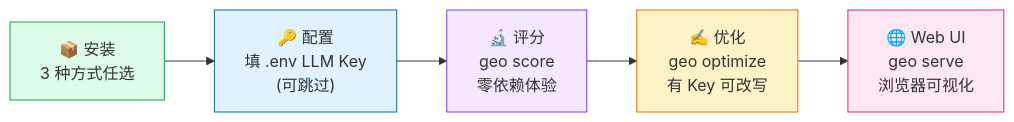
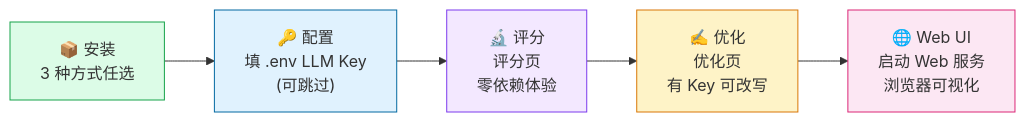
Before and after one commit to deep2code/geo: the ninth of 29 diagrams in docs/getting-started.md, drawn with Mermaid. The commit also changed other lines of this file and 48 other files, not shown here.

````diff
--- a/docs/getting-started.md
+++ b/docs/getting-started.md
@@ -265,13 +265,13 @@
 ```mermaid
 flowchart LR
     S1["📦 安装<br/>3 种方式任选"] --> S2["🔑 配置<br/>填 .env LLM Key<br/>(可跳过)"]
-    S2 --> S3["🔬 评分<br/>geo score<br/>零依赖体验"]
-    S3 --> S4["✍️ 优化<br/>geo optimize<br/>有 Key 可改写"]
-    S4 --> S5["🌐 Web UI<br/>geo serve<br/>浏览器可视化"]
+    S2 --> S3["🔬 评分<br/>评分页<br/>零依赖体验"]
+    S3 --> S4["✍️ 优化<br/>优化页<br/>有 Key 可改写"]
+    S4 --> S5["🌐 Web UI<br/>启动 Web 服务<br/>浏览器可视化"]
 
     style S1 fill:#dcfce7,stroke:#16a34a
     style S2 fill:#e0f2fe,stroke:#0369a1
     style S3 fill:#f3e8ff,stroke:#7c3aed
     style S4 fill:#fef3c7,stroke:#d97706
     style S5 fill:#fce7f3,stroke:#db2777
 ```
````
